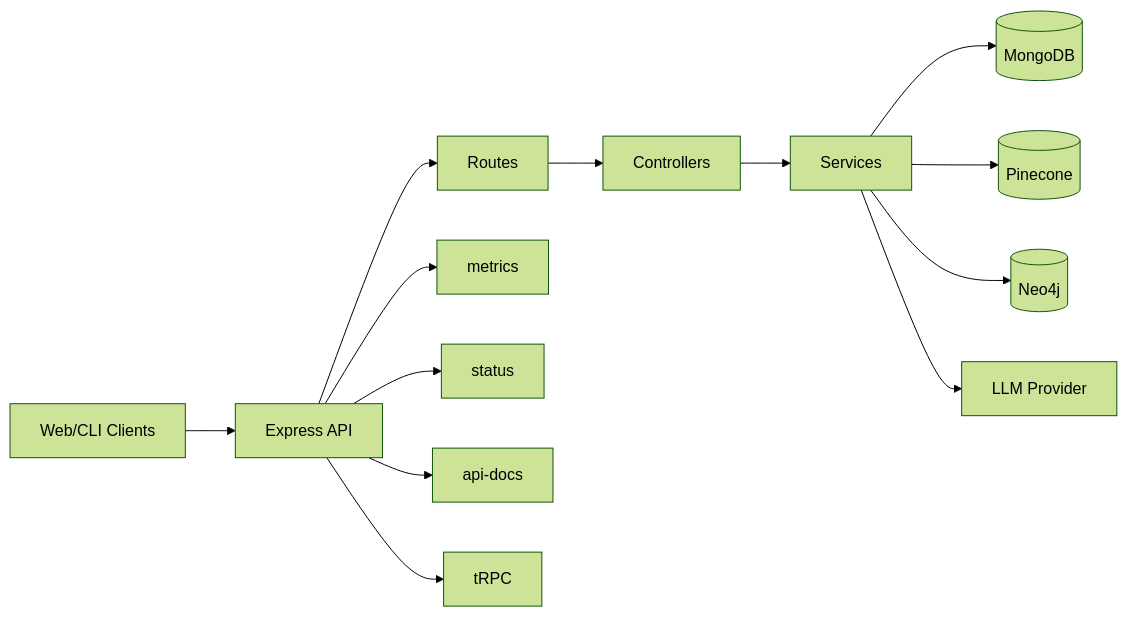
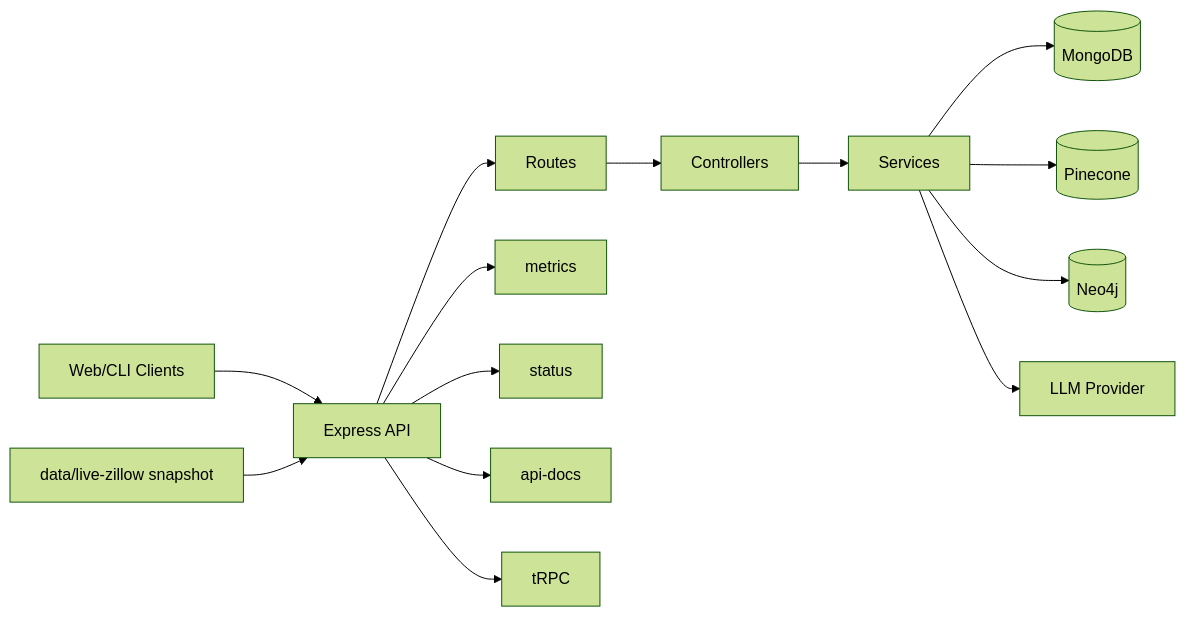
Before and after one commit to hoangsonww/EstateWise-Chapel-Hill-Chatbot: the first of 6 diagrams in backend/README.md, drawn with Mermaid (forest theme). The commit also changed other lines of this file and 68 other files, not shown here.

First line of the commit message:
feat(live-data): add live Zillow snapshot search/status API, agent tool, and policy integration

````diff
--- a/backend/README.md
+++ b/backend/README.md
@@ -18,15 +19,16 @@
 ```mermaid
 flowchart LR
   Client[Web/CLI Clients] --> API[Express API]
   API --> Routes[Routes]
   Routes --> Controllers
   Controllers --> Services
   Services --> Mongo[(MongoDB)]
   Services --> Pinecone[(Pinecone)]
   Services --> Neo4j[(Neo4j)]
   Services --> LLM[LLM Provider]
   API --> Metrics[metrics]
   API --> Status[status]
   API --> Swagger[api-docs]
   API --> TRPC[tRPC]
+  LiveSnap[data/live-zillow snapshot] --> API
 ```
````
